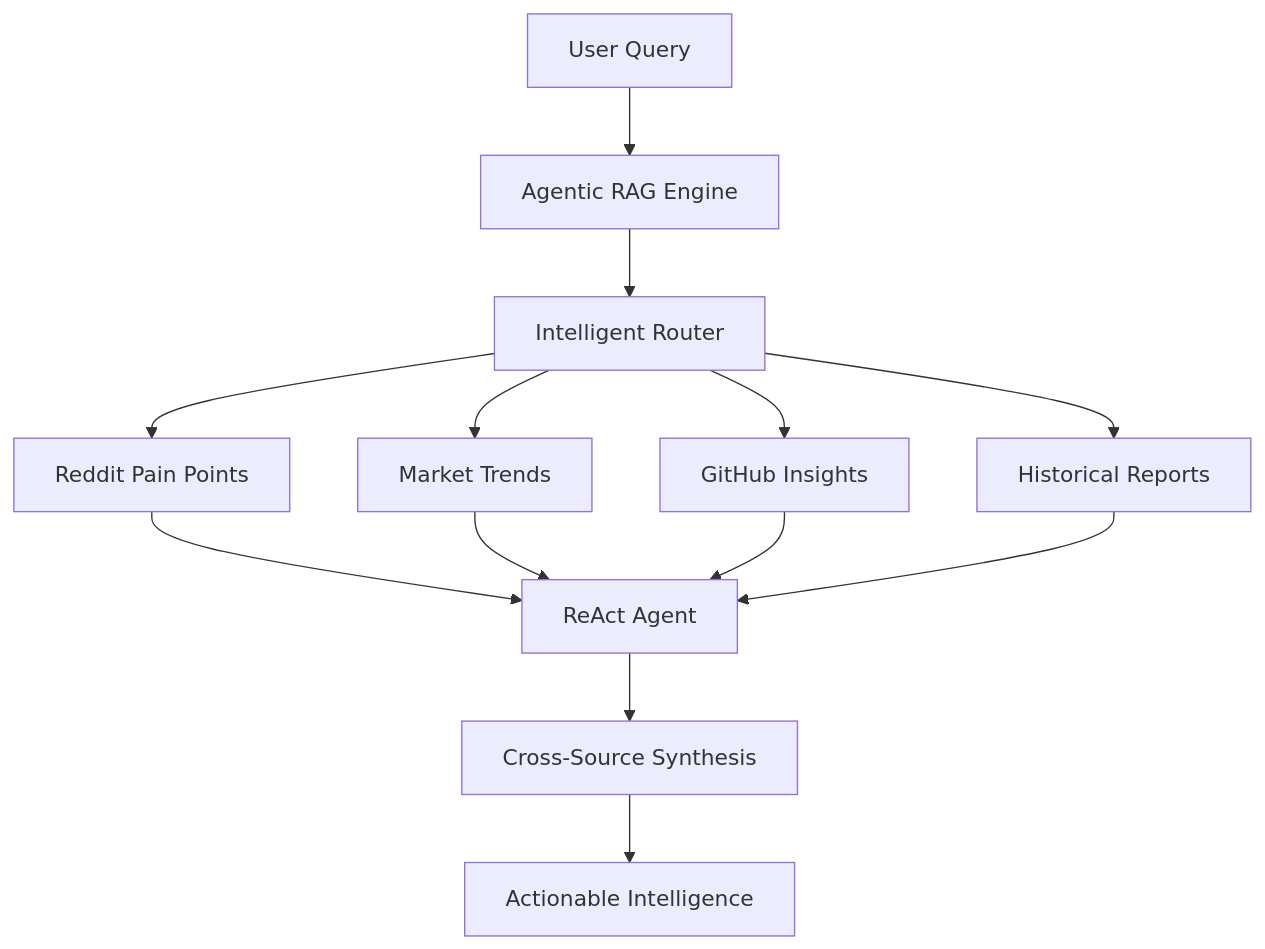
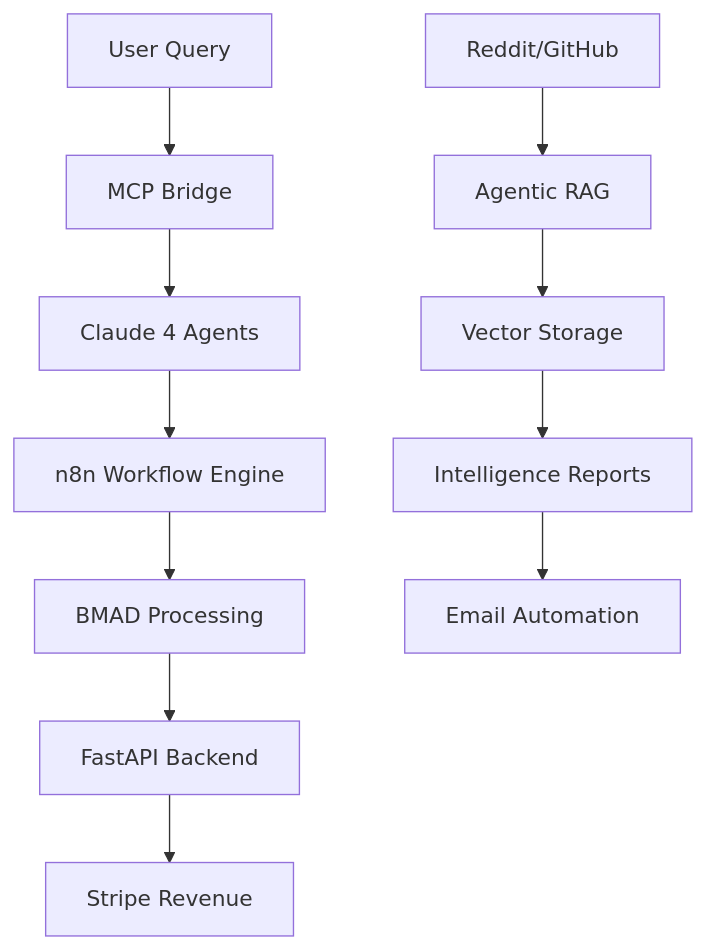
Before and after one commit to IgorGanapolsky/agent-web-scraper: the diagram in README.md, drawn with Mermaid. The commit also changed other lines of this file and 26 other files, not shown here.

````diff
--- a/README.md
+++ b/README.md
@@ -28,15 +22,14 @@
 ```mermaid
 graph TB
-    A[User Query] --> B[Agentic RAG Engine]
-    B --> C[Intelligent Router]
-    C --> D[Reddit Pain Points]
-    C --> E[Market Trends]
-    C --> F[GitHub Insights]
-    C --> G[Historical Reports]
-    D --> H[ReAct Agent]
-    E --> H
-    F --> H
-    G --> H
-    H --> I[Cross-Source Synthesis]
-    I --> J[Actionable Intelligence]
+    A[User Query] --> B[MCP Bridge]
+    B --> C[Claude 4 Agents]
+    C --> D[n8n Workflow Engine]
+    D --> E[BMAD Processing]
+    E --> F[FastAPI Backend]
+    F --> G[Stripe Revenue]
+
+    H[Reddit/GitHub] --> I[Agentic RAG]
+    I --> J[Vector Storage]
+    J --> K[Intelligence Reports]
+    K --> L[Email Automation]
 ```
````
